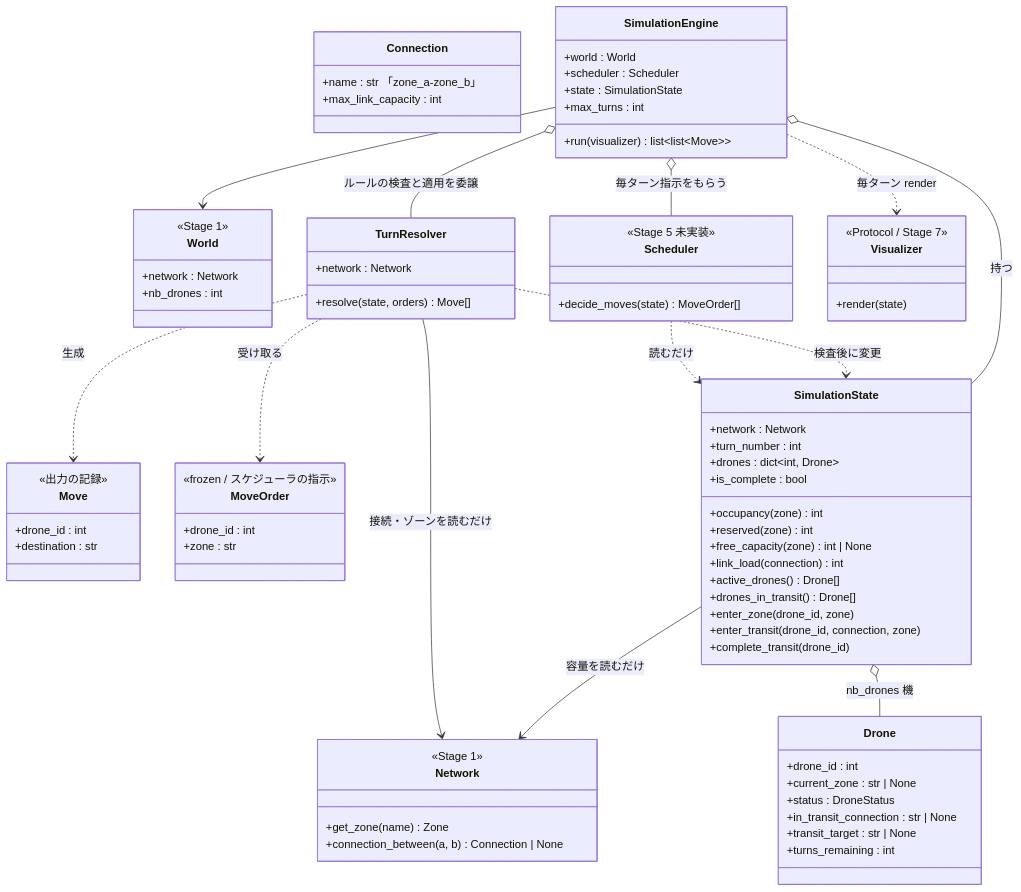
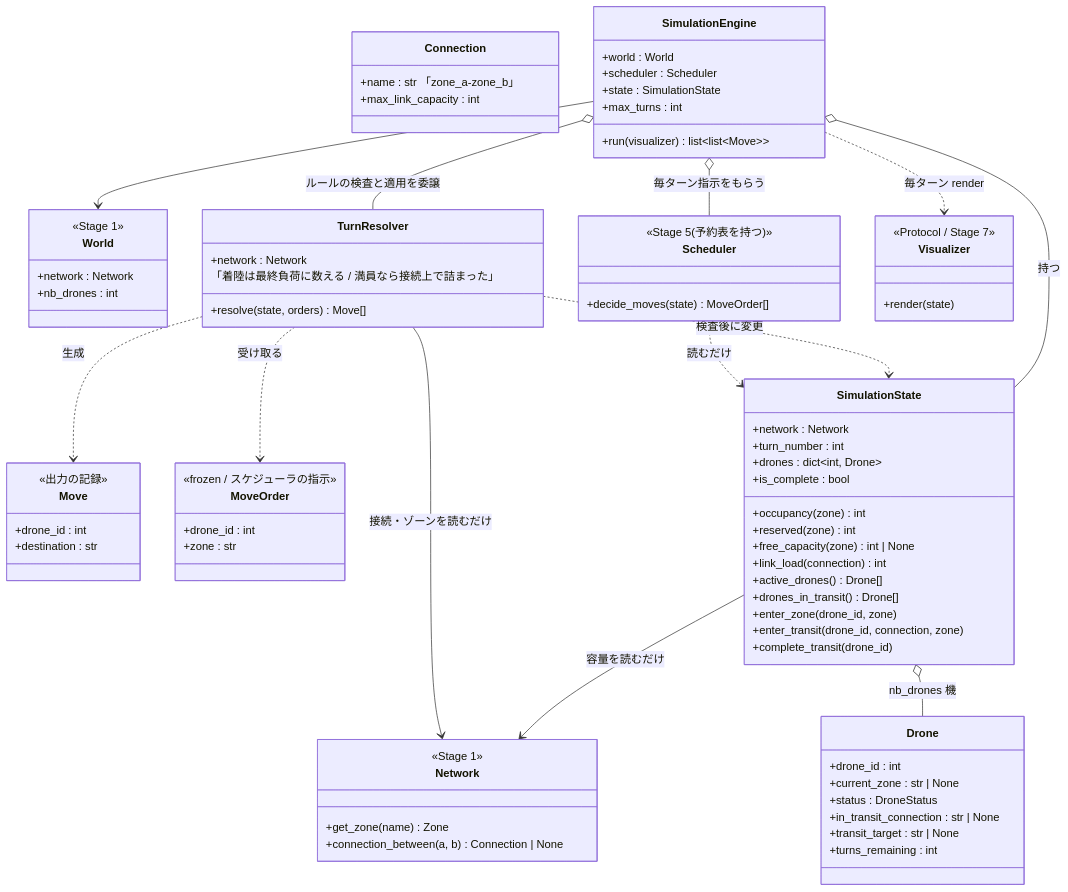
The first of 4 diagrams in docs/research/2026-10-16_workflow-stage4-simulation.md (saikawakiruya-droid/fly_in), drawn with Mermaid before and after one commit. The commit also changed other lines of this file and 1 other file, not shown here.

Commit message:
Describe the reservation table and evictions in the Stage 4/5 workflows

```diff
--- a/docs/research/2026-10-16_workflow-stage4-simulation.md
+++ b/docs/research/2026-10-16_workflow-stage4-simulation.md
@@ -90,6 +98,7 @@
     class TurnResolver {
         +network : Network
         +resolve(state, orders) Move[]
+        「着陸は最終負荷に数える / 満員なら接続上で詰まった」
     }
     class SimulationEngine {
         +world : World
@@ -99,7 +108,7 @@
         +run(visualizer) list~list~Move~~
     }
     class Scheduler {
-        <<Stage 5 未実装>>
+        <<Stage 5(予約表を持つ)>>
         +decide_moves(state) MoveOrder[]
     }
     class Visualizer {
```
